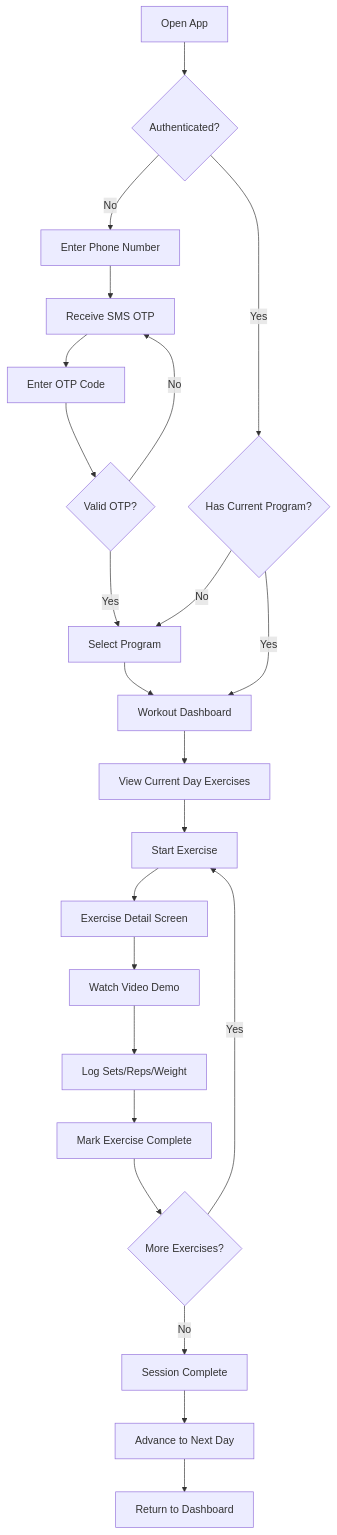
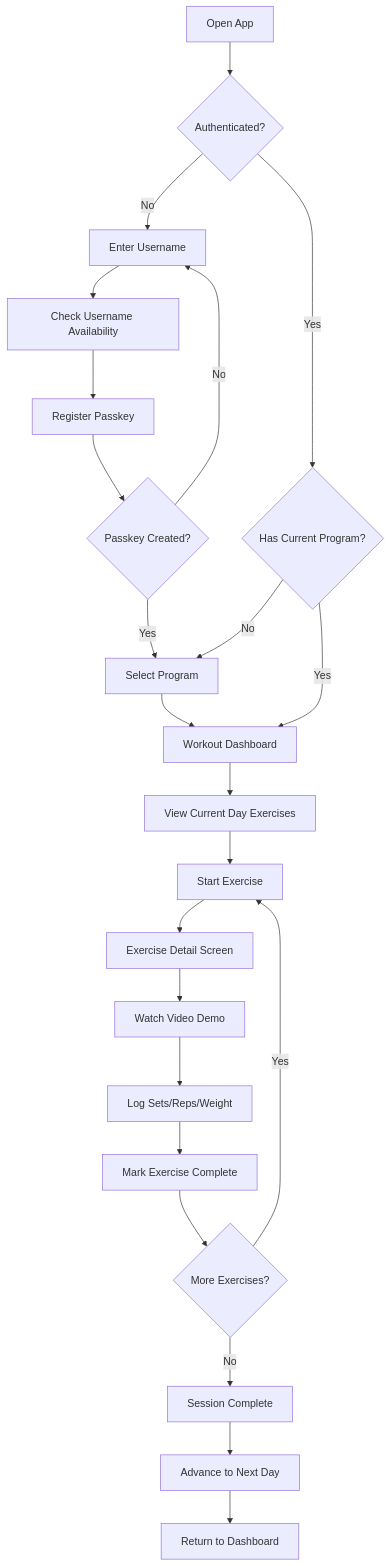
One commit to justinsisley/workout changed the second of 4 diagrams in docs/front-end-spec.md. Above: the diagram before and after it, drawn with Mermaid. The commit also changed other lines of this file and 44 other files, not shown here.

````diff
--- a/docs/front-end-spec.md
+++ b/docs/front-end-spec.md
@@ -129,25 +129,25 @@
 ```mermaid
 graph TD
     A[Open App] --> B{Authenticated?}
-    B -->|No| C[Enter Phone Number]
-    C --> D[Receive SMS OTP]
-    D --> E[Enter OTP Code]
-    E --> F{Valid OTP?}
-    F -->|No| D
+    B -->|No| C[Enter Username]
+    C --> D[Check Username Availability]
+    D --> E[Register Passkey]
+    E --> F{Passkey Created?}
+    F -->|No| C
     F -->|Yes| G[Select Program]
     B -->|Yes| H{Has Current Program?}
     H -->|No| G
     H -->|Yes| I[Workout Dashboard]
     G --> I
     I --> J[View Current Day Exercises]
     J --> K[Start Exercise]
     K --> L[Exercise Detail Screen]
     L --> M[Watch Video Demo]
     M --> N[Log Sets/Reps/Weight]
     N --> O[Mark Exercise Complete]
     O --> P{More Exercises?}
     P -->|Yes| K
     P -->|No| Q[Session Complete]
     Q --> R[Advance to Next Day]
     R --> S[Return to Dashboard]
 ```
````
